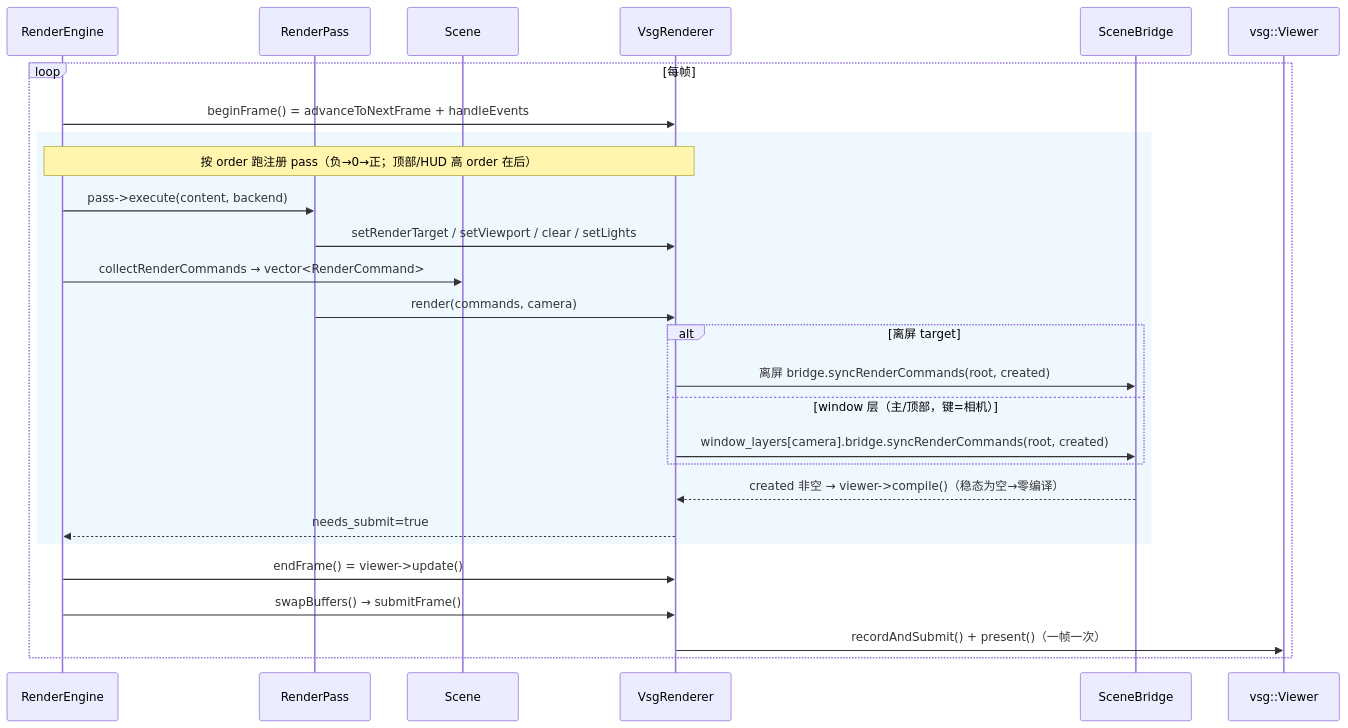
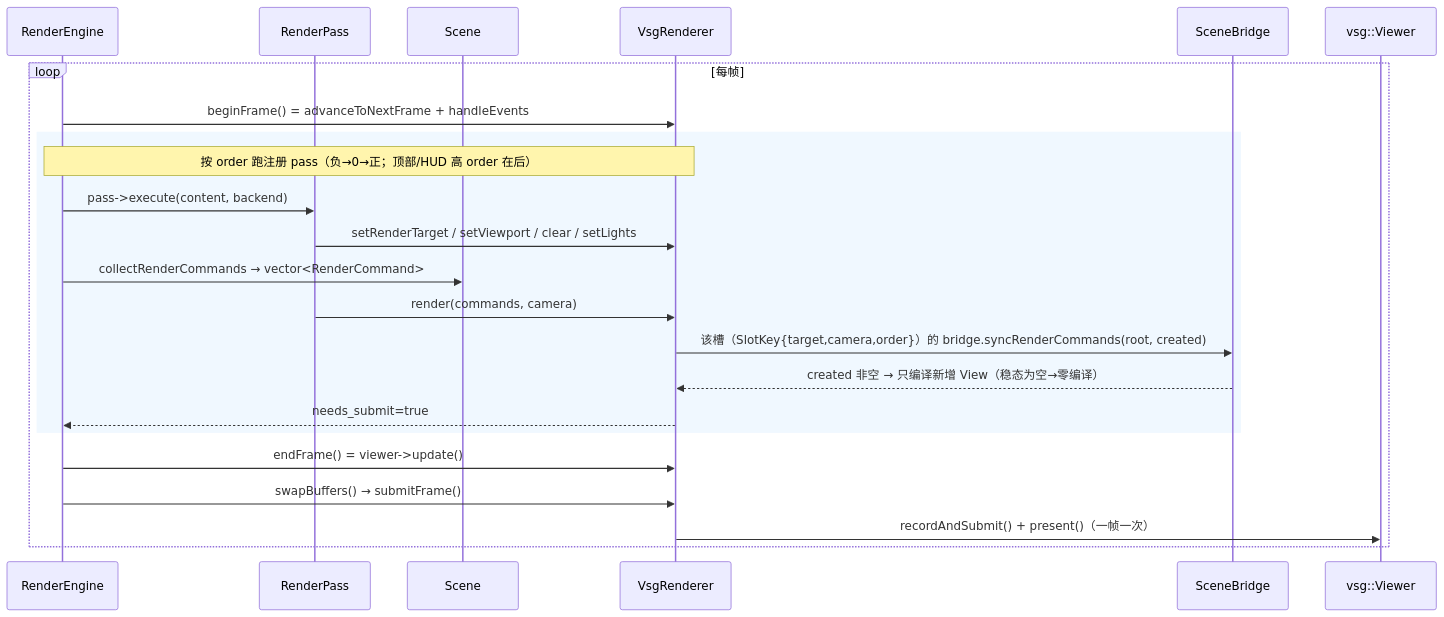
The second of 3 diagrams in src/plugins/gfx_backend_vsg/gfx_backend_vsg.md (lonelyong/Vine), drawn with Mermaid before and after one commit. The commit also changed other lines of this file and 40 other files, not shown here.

````diff
--- a/src/plugins/gfx_backend_vsg/gfx_backend_vsg.md
+++ b/src/plugins/gfx_backend_vsg/gfx_backend_vsg.md
@@ -249,30 +257,26 @@
 ```mermaid
 sequenceDiagram
     participant E as RenderEngine
     participant P as RenderPass
     participant S as Scene
     participant R as VsgRenderer
     participant B as SceneBridge
     participant V as vsg::Viewer
 
     loop 每帧
         E->>R: beginFrame() = advanceToNextFrame + handleEvents
         rect rgb(240,248,255)
         note over E,R: 按 order 跑注册 pass（负→0→正；顶部/HUD 高 order 在后）
         E->>P: pass->execute(content, backend)
         P->>R: setRenderTarget / setViewport / clear / setLights
         E->>S: collectRenderCommands → vector<RenderCommand>
         P->>R: render(commands, camera)
-        alt 离屏 target
-            R->>B: 离屏 bridge.syncRenderCommands(root, created)
-        else window 层（主/顶部，键=相机）
-            R->>B: window_layers[camera].bridge.syncRenderCommands(root, created)
-        end
-        B-->>R: created 非空 → viewer->compile()（稳态为空→零编译）
+        R->>B: 该槽（SlotKey{target,camera,order}）的 bridge.syncRenderCommands(root, created)
+        B-->>R: created 非空 → 只编译新增 View（稳态为空→零编译）
         R-->>E: needs_submit=true
         end
         E->>R: endFrame() = viewer->update()
         E->>R: swapBuffers() → submitFrame()
         R->>V: recordAndSubmit() + present()（一帧一次）
     end
 ```
````
